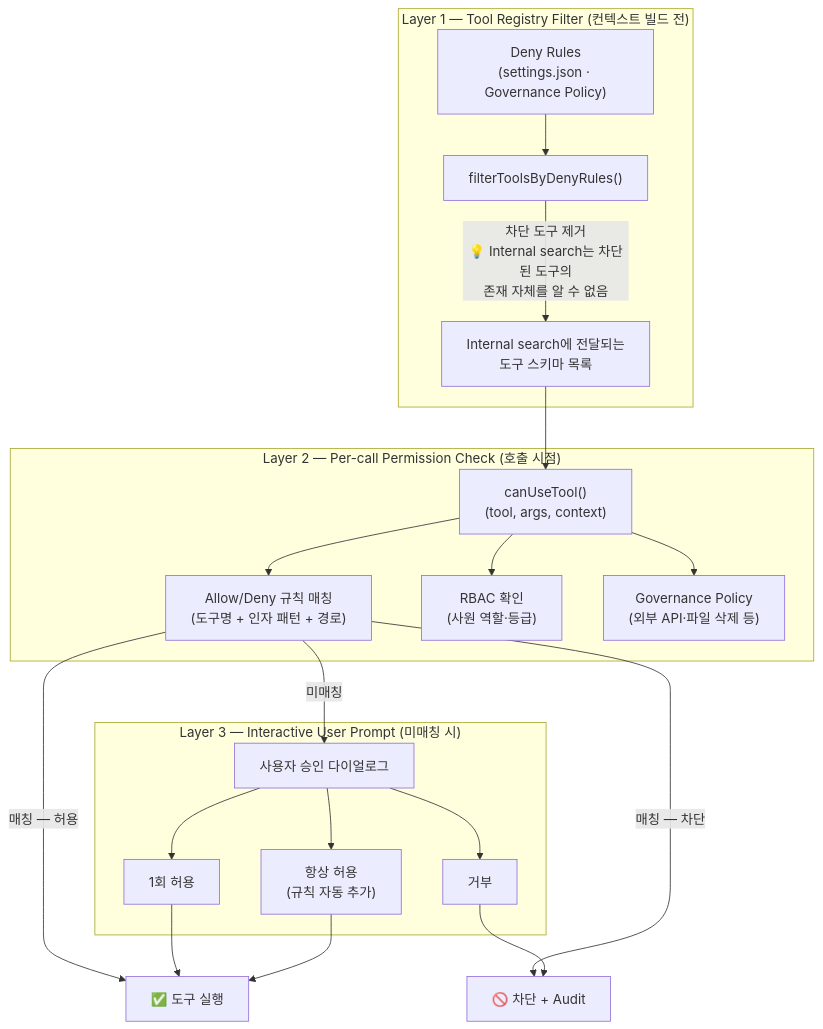
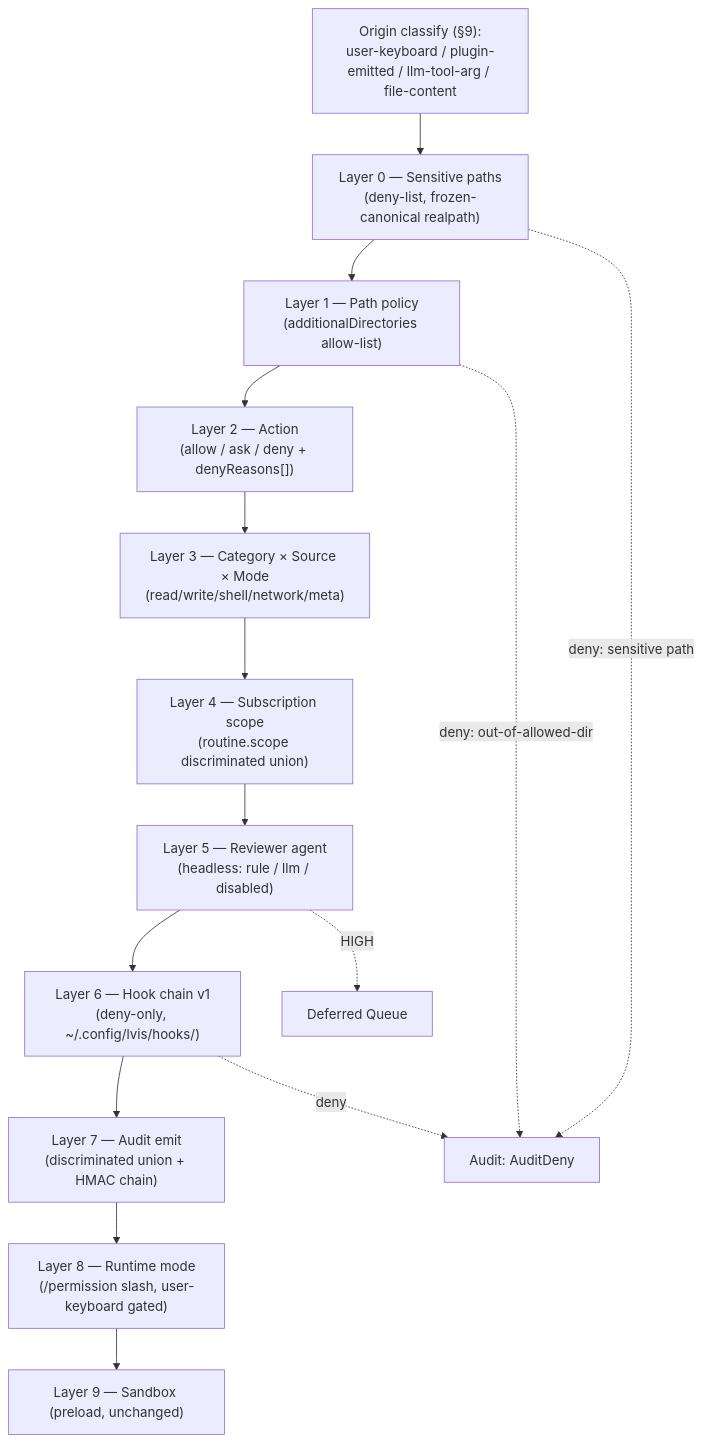
One commit to lvis-project/lvis-app changed diagram 19 of 45 in docs/architecture/architecture.md. Above: the diagram before and after it, drawn with Mermaid. The commit also changed other lines of this file and 228 other files, not shown here.

````diff
--- a/docs/architecture/architecture.md
+++ b/docs/architecture/architecture.md
@@ -1403,37 +1435,20 @@
 ```mermaid
 flowchart TB
-    subgraph "Layer 1 — Tool Registry Filter (컨텍스트 빌드 전)"
-        DENY_RULES["Deny Rules<br/>(settings.json · Governance Policy)"]
-        FILTER["filterToolsByDenyRules()"]
-        VISIBLE["Internal search에 전달되는<br/>도구 스키마 목록"]
-    end
+    INPUT["Origin classify (§9):<br/>user-keyboard / plugin-emitted / llm-tool-arg / file-content"]
 
-    subgraph "Layer 2 — Per-call Permission Check (호출 시점)"
-        CAN_USE["canUseTool()<br/>(tool, args, context)"]
-        ALLOW_RULES["Allow/Deny 규칙 매칭<br/>(도구명 + 인자 패턴 + 경로)"]
-        RBAC["RBAC 확인<br/>(사원 역할·등급)"]
-        GOV_CHK["Governance Policy<br/>(외부 API·파일 삭제 등)"]
-    end
+    INPUT --> L0["Layer 0 — Sensitive paths<br/>(deny-list, frozen-canonical realpath)"]
+    L0 --> L1["Layer 1 — Path policy<br/>(additionalDirectories allow-list)"]
+    L1 --> L2["Layer 2 — Action<br/>(allow / ask / deny + denyReasons[])"]
+    L2 --> L3["Layer 3 — Category × Source × Mode<br/>(read/write/shell/network/meta)"]
+    L3 --> L4["Layer 4 — Subscription scope<br/>(routine.scope discriminated union)"]
+    L4 --> L5["Layer 5 — Reviewer agent<br/>(headless: rule / llm / disabled)"]
+    L5 --> L6["Layer 6 — Hook chain v1<br/>(deny-only, ~/.config/lvis/hooks/)"]
+    L6 --> L7["Layer 7 — Audit emit<br/>(discriminated union + HMAC chain)"]
+    L7 --> L8["Layer 8 — Runtime mode<br/>(/permission slash, user-keyboard gated)"]
+    L8 --> L9["Layer 9 — Sandbox (preload, unchanged)"]
 
-    subgraph "Layer 3 — Interactive User Prompt (미매칭 시)"
-        PROMPT["사용자 승인 다이얼로그"]
-        ONCE["1회 허용"]
-        ALWAYS["항상 허용<br/>(규칙 자동 추가)"]
-        DENY_ACT["거부"]
-    end
-
-    DENY_RULES --> FILTER
-    FILTER -->|"차단 도구 제거<br/>💡 Internal search는 차단된 도구의<br/>존재 자체를 알 수 없음"| VISIBLE
-
-    VISIBLE --> CAN_USE
-    CAN_USE --> ALLOW_RULES
-    CAN_USE --> RBAC
-    CAN_USE --> GOV_CHK
-    ALLOW_RULES -->|"매칭 — 허용"| EXEC["✅ 도구 실행"]
-    ALLOW_RULES -->|"매칭 — 차단"| BLOCK["🚫 차단 + Audit"]
-    ALLOW_RULES -->|"미매칭"| PROMPT
-
-    PROMPT --> ONCE --> EXEC
-    PROMPT --> ALWAYS --> EXEC
-    PROMPT --> DENY_ACT --> BLOCK
+    L0 -.->|"deny: sensitive path"| AUDIT_DENY["Audit: AuditDeny"]
+    L1 -.->|"deny: out-of-allowed-dir"| AUDIT_DENY
+    L5 -.->|"HIGH"| DEFERRED["Deferred Queue"]
+    L6 -.->|"deny"| AUDIT_DENY
 ```
````
